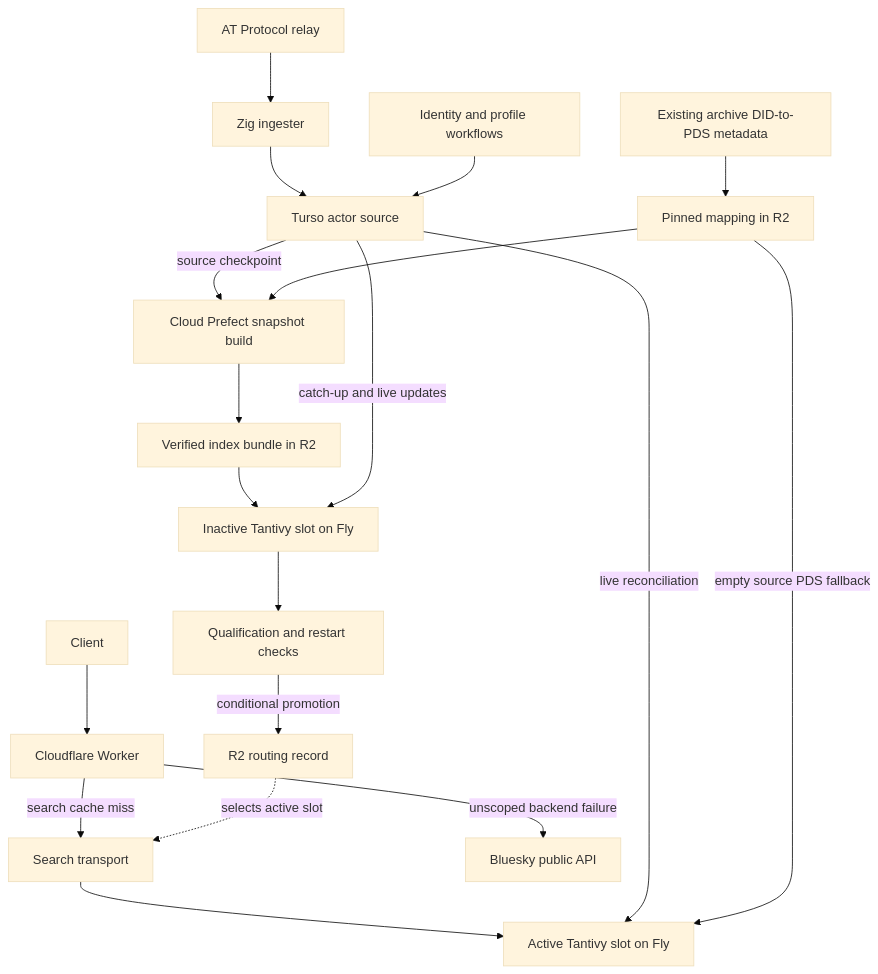
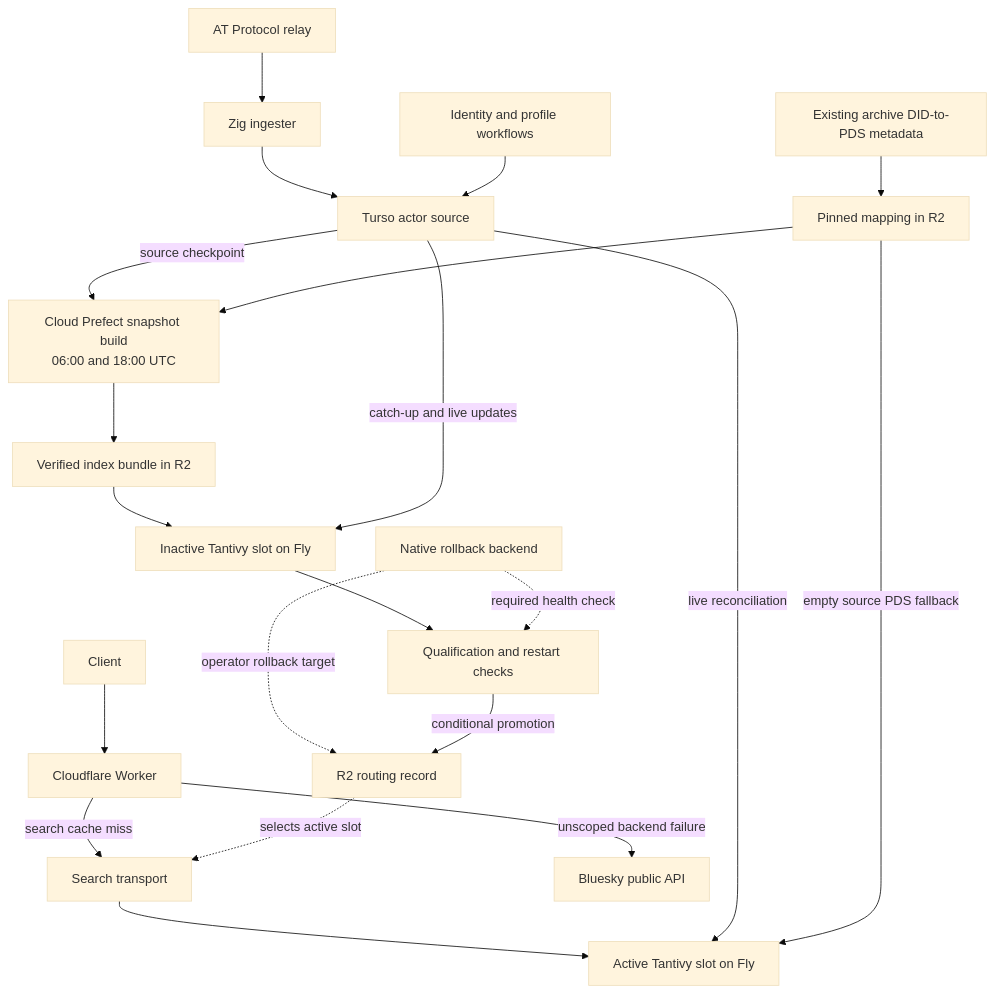
Before and after one commit to zzstoatzz/typeahead: the diagram in docs/architecture.md, drawn with Mermaid (base theme). The commit also changed other lines of this file, not shown here.

Commit message:
Explain current architecture plainly and show active recovery dependencies

````diff
--- a/docs/architecture.md
+++ b/docs/architecture.md
@@ -10,21 +21,23 @@
 ```mermaid
 flowchart TD
     Client[Client] --> Edge[Cloudflare Worker]
     Edge -->|search cache miss| Transport[Search transport]
     Routing[R2 routing record] -. selects active slot .-> Transport
     Transport --> Active[Active Tantivy slot on Fly]
     Edge -->|unscoped backend failure| Bluesky[Bluesky public API]
     Relay[AT Protocol relay] --> Ingester[Zig ingester]
     Ingester --> Turso[Turso actor source]
     Identity[Identity and profile workflows] --> Turso
     Turso -->|live reconciliation| Active
-    Turso -->|source checkpoint| Builder[Cloud Prefect snapshot build]
+    Turso -->|source checkpoint| Builder["Cloud Prefect snapshot build<br/>06:00 and 18:00 UTC"]
     Archive[Existing archive DID-to-PDS metadata] --> Mapping[Pinned mapping in R2]
     Mapping --> Builder
     Mapping -->|empty source PDS fallback| Active
     Builder --> Bundle[Verified index bundle in R2]
     Bundle --> Inactive[Inactive Tantivy slot on Fly]
     Turso -->|catch-up and live updates| Inactive
     Inactive --> Gates[Qualification and restart checks]
+    Native[Native rollback backend] -. required health check .-> Gates
+    Native -. operator rollback target .-> Routing
     Gates -->|conditional promotion| Routing
 ```
````
